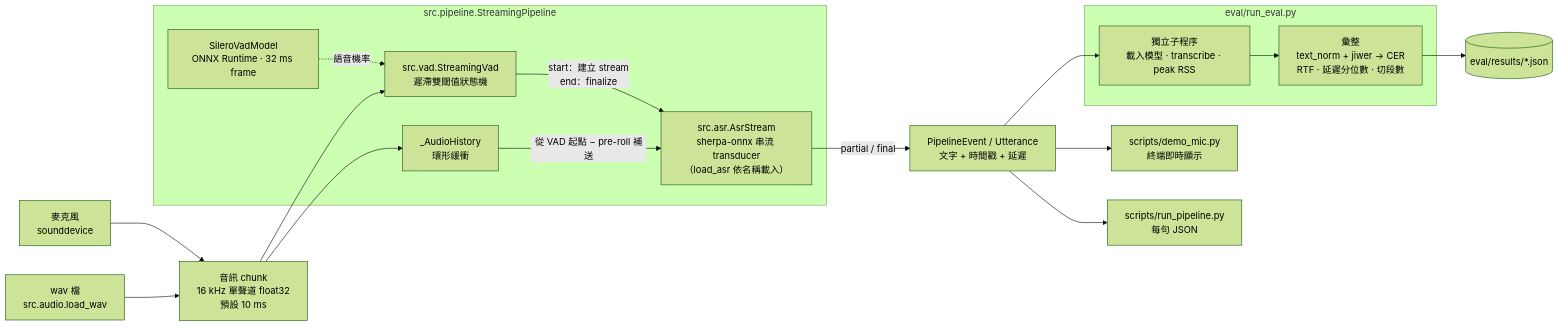
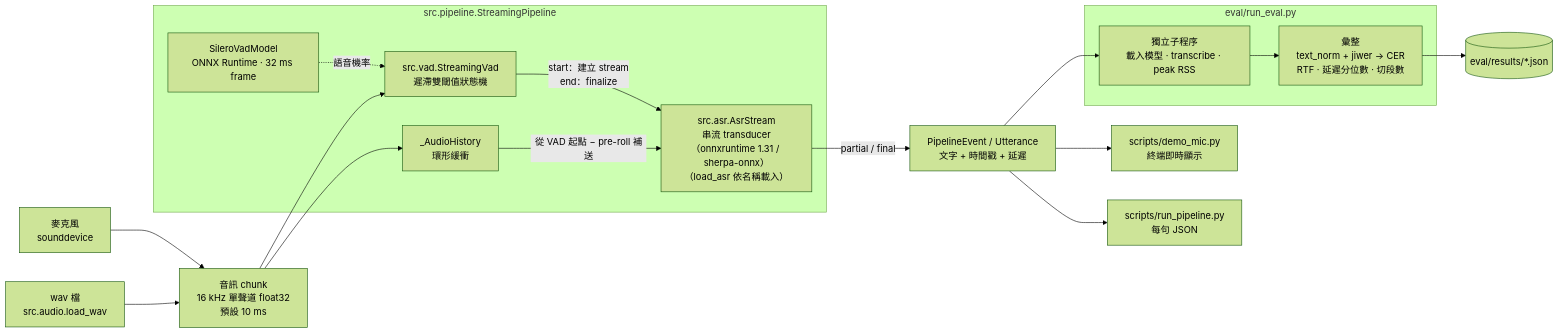
The first of 2 diagrams in README.md (l1cr0000-dev/ondevice-zh-asr), drawn with Mermaid (forest theme) before and after one commit. The commit also changed other lines of this file and 2 other files, not shown here.

First line of the commit message:
feat(asr): make the onnxruntime X-ASR backend the default

````diff
--- a/README.md
+++ b/README.md
@@ -13,33 +13,33 @@
 ```mermaid
 flowchart LR
     MIC["麥克風<br/>sounddevice"]
     WAV["wav 檔<br/>src.audio.load_wav"]
     CHUNK["音訊 chunk<br/>16 kHz 單聲道 float32<br/>預設 10 ms"]
     MIC --> CHUNK
     WAV --> CHUNK
 
     subgraph PIPE["src.pipeline.StreamingPipeline"]
         HIST["_AudioHistory<br/>環形緩衝"]
         VAD["src.vad.StreamingVad<br/>遲滯雙閾值狀態機"]
         SIL["SileroVadModel<br/>ONNX Runtime · 32 ms frame"]
-        ASR["src.asr.AsrStream<br/>sherpa-onnx 串流 transducer<br/>（load_asr 依名稱載入）"]
+        ASR["src.asr.AsrStream<br/>串流 transducer（onnxruntime 1.31 / sherpa-onnx）<br/>（load_asr 依名稱載入）"]
         SIL -. 語音機率 .-> VAD
         VAD -- "start：建立 stream<br/>end：finalize" --> ASR
         HIST -- "從 VAD 起點 − pre-roll 補送" --> ASR
     end
 
     CHUNK --> VAD
     CHUNK --> HIST
     ASR -- "partial / final" --> UTT["PipelineEvent / Utterance<br/>文字 + 時間戳 + 延遲"]
 
     UTT --> DEMO["scripts/demo_mic.py<br/>終端即時顯示"]
     UTT --> JSON["scripts/run_pipeline.py<br/>每句 JSON"]
 
     subgraph EVAL["eval/run_eval.py"]
         WORKER["獨立子程序<br/>載入模型 · transcribe · peak RSS"]
         SUM["彙整<br/>text_norm + jiwer → CER<br/>RTF · 延遲分位數 · 切段數"]
         WORKER --> SUM
     end
     UTT --> WORKER
     SUM --> RES[("eval/results/*.json")]
 ```
````
